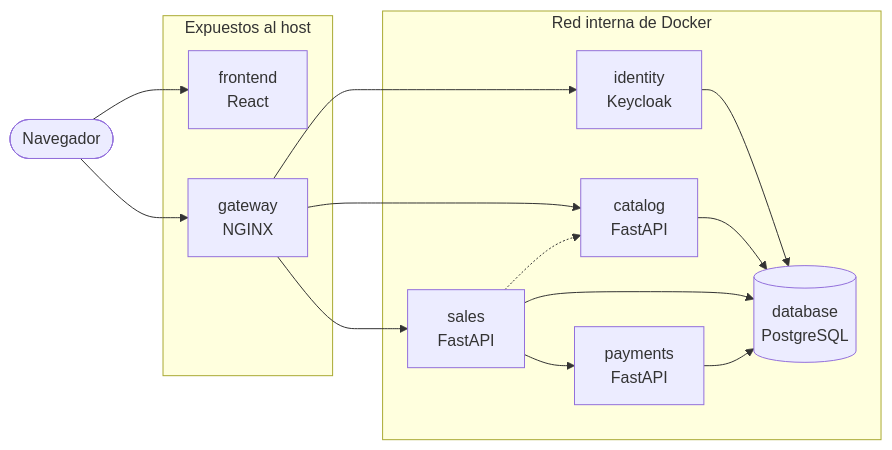
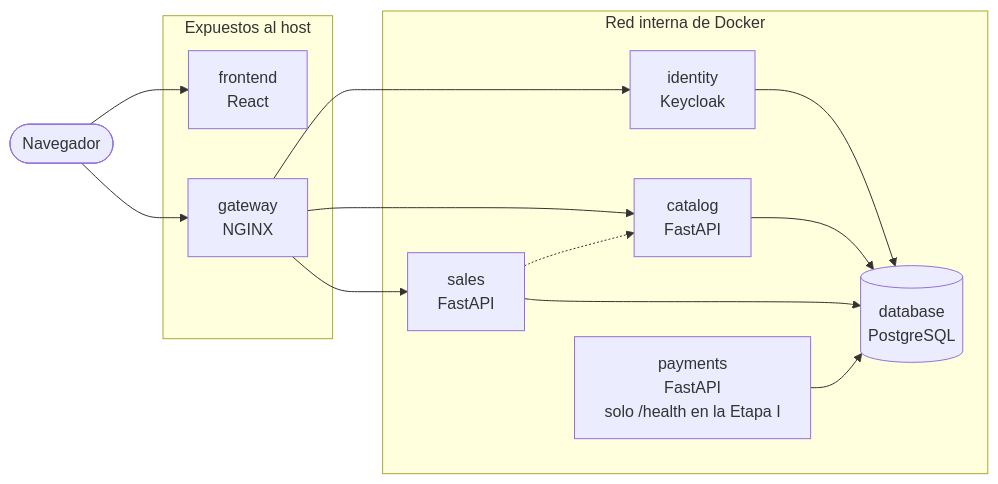
Before and after one commit to ticketera-topicos2-2026/ticketera: the second of 2 diagrams in docs/PLAN.md, drawn with Mermaid. The commit also changed other lines of this file and 7 other files, not shown here.

````diff
--- a/docs/PLAN.md
+++ b/docs/PLAN.md
@@ -222,26 +235,25 @@
 ```mermaid
 flowchart LR
     browser(["Navegador"])
     subgraph expuestos["Expuestos al host"]
         frontend["frontend<br/>React"]
         gateway["gateway<br/>NGINX"]
     end
     subgraph interna["Red interna de Docker"]
         identity["identity<br/>Keycloak"]
         catalog["catalog<br/>FastAPI"]
         sales["sales<br/>FastAPI"]
-        payments["payments<br/>FastAPI"]
+        payments["payments<br/>FastAPI<br/>solo /health en la Etapa I"]
         database[("database<br/>PostgreSQL")]
     end
     browser --> frontend
     browser --> gateway
     gateway --> identity
     gateway --> catalog
     gateway --> sales
-    sales --> payments
     sales -.-> catalog
     identity --> database
     catalog --> database
     sales --> database
     payments --> database
 ```
````
